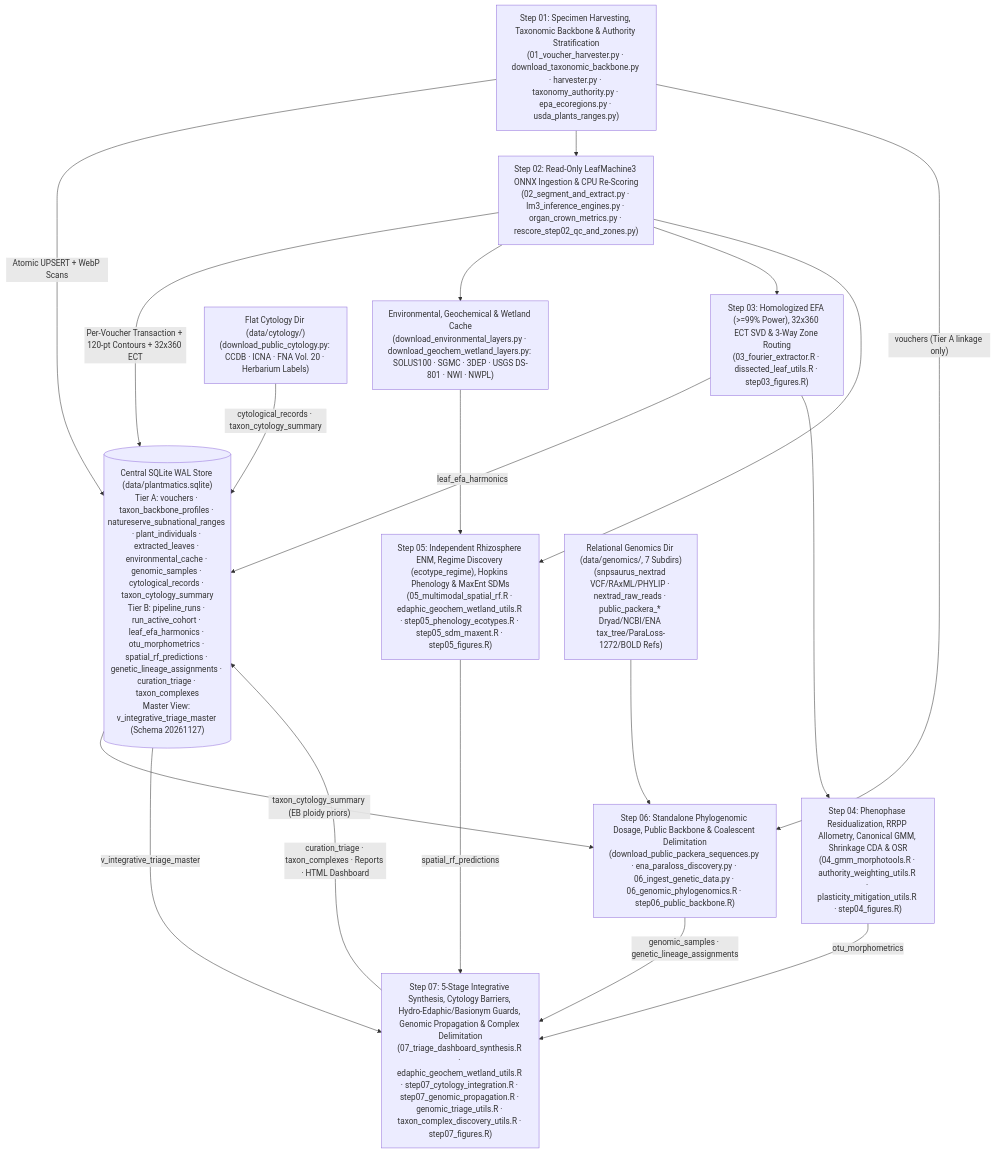
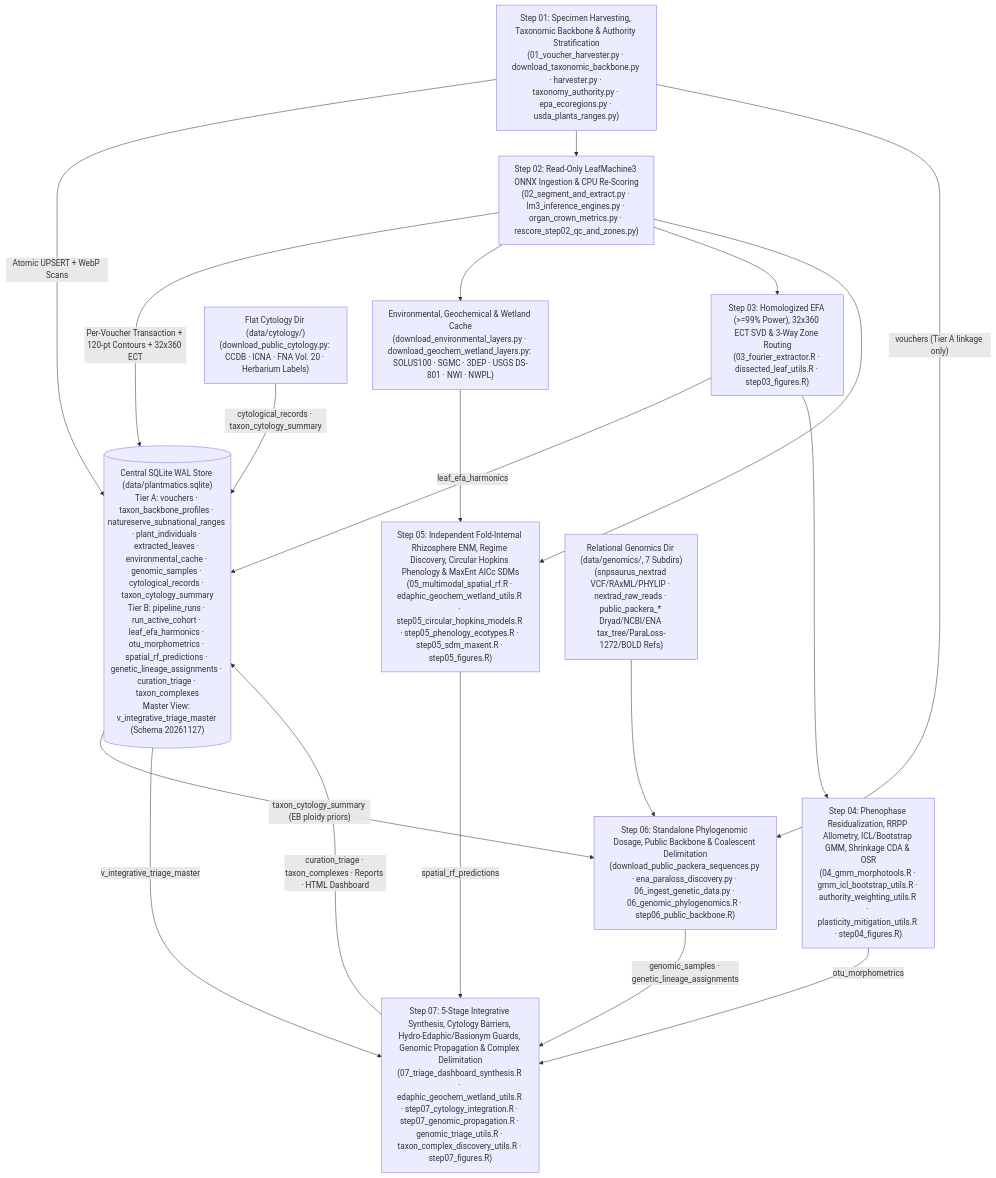
The diagram in README.md (Plantatsrophe/Packera_dubia_morphometrics), drawn with Mermaid before and after one commit. The commit also changed other lines of this file and 11 other files, not shown here.

Commit message:
feat: add GMM ICL profile gating, circular von Mises Hopkins models, and fold-internal SDM spatial CV

````diff
--- a/README.md
+++ b/README.md
@@ -31,23 +31,23 @@
 ```mermaid
 flowchart TD
     DB[("Central SQLite WAL Store (data/plantmatics.sqlite)\nTier A: vouchers · taxon_backbone_profiles · natureserve_subnational_ranges · plant_individuals · extracted_leaves · environmental_cache · genomic_samples · cytological_records · taxon_cytology_summary\nTier B: pipeline_runs · run_active_cohort · leaf_efa_harmonics · otu_morphometrics · spatial_rf_predictions · genetic_lineage_assignments · curation_triage · taxon_complexes\nMaster View: v_integrative_triage_master (Schema 20261127)")]
 
     S1["Step 01: Specimen Harvesting, Taxonomic Backbone & Authority Stratification\n(01_voucher_harvester.py · download_taxonomic_backbone.py · harvester.py · taxonomy_authority.py · epa_ecoregions.py · usda_plants_ranges.py)"] -->|"Atomic UPSERT + WebP Scans"| DB
     S1 --> S2["Step 02: Read-Only LeafMachine3 ONNX Ingestion & CPU Re-Scoring\n(02_segment_and_extract.py · lm3_inference_engines.py · organ_crown_metrics.py · rescore_step02_qc_and_zones.py)"]
     S2 -->|"Per-Voucher Transaction + 120-pt Contours + 32x360 ECT"| DB
     S2 --> E0["Environmental, Geochemical & Wetland Cache\n(download_environmental_layers.py · download_geochem_wetland_layers.py: SOLUS100 · SGMC · 3DEP · USGS DS-801 · NWI · NWPL)"]
     S2 --> S3["Step 03: Homologized EFA (>=99% Power), 32x360 ECT SVD & 3-Way Zone Routing\n(03_fourier_extractor.R · dissected_leaf_utils.R · step03_figures.R)"]
     S3 -->|"leaf_efa_harmonics"| DB
-    S3 --> S4["Step 04: Phenophase Residualization, RRPP Allometry, Canonical GMM, Shrinkage CDA & OSR\n(04_gmm_morphotools.R · authority_weighting_utils.R · plasticity_mitigation_utils.R · step04_figures.R)"]
+    S3 --> S4["Step 04: Phenophase Residualization, RRPP Allometry, ICL/Bootstrap GMM, Shrinkage CDA & OSR\n(04_gmm_morphotools.R · gmm_icl_bootstrap_utils.R · authority_weighting_utils.R · plasticity_mitigation_utils.R · step04_figures.R)"]
     S4 -->|"otu_morphometrics"| S7
-    S2 --> S5["Step 05: Independent Rhizosphere ENM, Regime Discovery (ecotype_regime), Hopkins Phenology & MaxEnt SDMs\n(05_multimodal_spatial_rf.R · edaphic_geochem_wetland_utils.R · step05_phenology_ecotypes.R · step05_sdm_maxent.R · step05_figures.R)"]
+    S2 --> S5["Step 05: Independent Fold-Internal Rhizosphere ENM, Regime Discovery, Circular Hopkins Phenology & MaxEnt AICc SDMs\n(05_multimodal_spatial_rf.R · edaphic_geochem_wetland_utils.R · step05_circular_hopkins_models.R · step05_phenology_ecotypes.R · step05_sdm_maxent.R · step05_figures.R)"]
     E0 --> S5
     S5 -->|"spatial_rf_predictions"| S7
     G0["Relational Genomics Dir (data/genomics/, 7 Subdirs)\n(snpsaurus_nextrad VCF/RAxML/PHYLIP · nextrad_raw_reads · public_packera_* Dryad/NCBI/ENA tax_tree/ParaLoss-1272/BOLD Refs)"] --> S6["Step 06: Standalone Phylogenomic Dosage, Public Backbone & Coalescent Delimitation\n(download_public_packera_sequences.py · ena_paraloss_discovery.py · 06_ingest_genetic_data.py · 06_genomic_phylogenomics.R · step06_public_backbone.R)"]
     S1 -->|"vouchers (Tier A linkage only)"| S6
     S6 -->|"genomic_samples · genetic_lineage_assignments"| S7
     C0["Flat Cytology Dir (data/cytology/)\n(download_public_cytology.py: CCDB · ICNA · FNA Vol. 20 · Herbarium Labels)"] -->|"cytological_records · taxon_cytology_summary"| DB
     DB -->|"taxon_cytology_summary (EB ploidy priors)"| S6
     DB -->|"v_integrative_triage_master"| S7["Step 07: 5-Stage Integrative Synthesis, Cytology Barriers, Hydro-Edaphic/Basionym Guards, Genomic Propagation & Complex Delimitation\n(07_triage_dashboard_synthesis.R · edaphic_geochem_wetland_utils.R · step07_cytology_integration.R · step07_genomic_propagation.R · genomic_triage_utils.R · taxon_complex_discovery_utils.R · step07_figures.R)"]
     S7 -->|"curation_triage · taxon_complexes · Reports · HTML Dashboard"| DB
 ```
````
